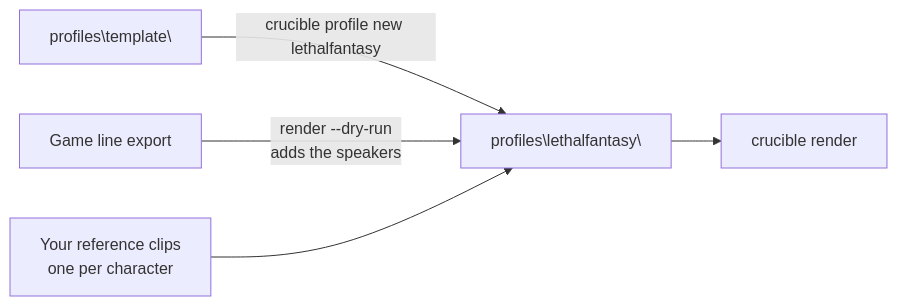
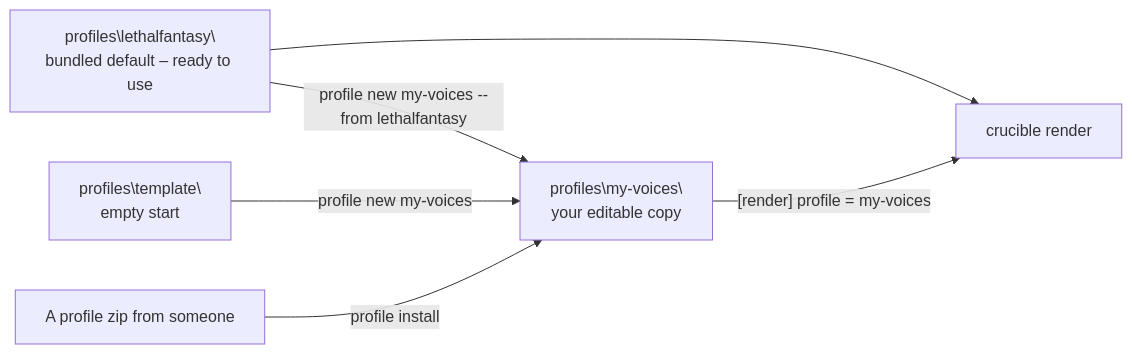
One commit to EPIC3D/LethalFantasy-VoiceCrucible changed the diagram in docs/PROFILES.md. Above: the diagram before and after it, drawn with Mermaid. The commit also changed other lines of this file and 23 other files, not shown here.

First line of the commit message:
Bundled default profile: the LethalFantasy TTS demo setup

````diff
--- a/docs/PROFILES.md
+++ b/docs/PROFILES.md
@@ -8,7 +6,8 @@
 ```mermaid
 flowchart LR
-    T[profiles\template\] -->|crucible profile new lethalfantasy| P[profiles\lethalfantasy\]
-    X[Game line export] -->|render --dry-run<br/>adds the speakers| P
-    V[Your reference clips<br/>one per character] --> P
-    P --> R[crucible render]
+    D[profiles\lethalfantasy\<br/>bundled default – ready to use] --> R[crucible render]
+    D -->|profile new my-voices --from lethalfantasy| C[profiles\my-voices\<br/>your editable copy]
+    T[profiles\template\<br/>empty start] -->|profile new my-voices| C
+    S[A profile zip from someone] -->|profile install| C
+    C -->|"[render] profile = my-voices"| R
 ```
````
